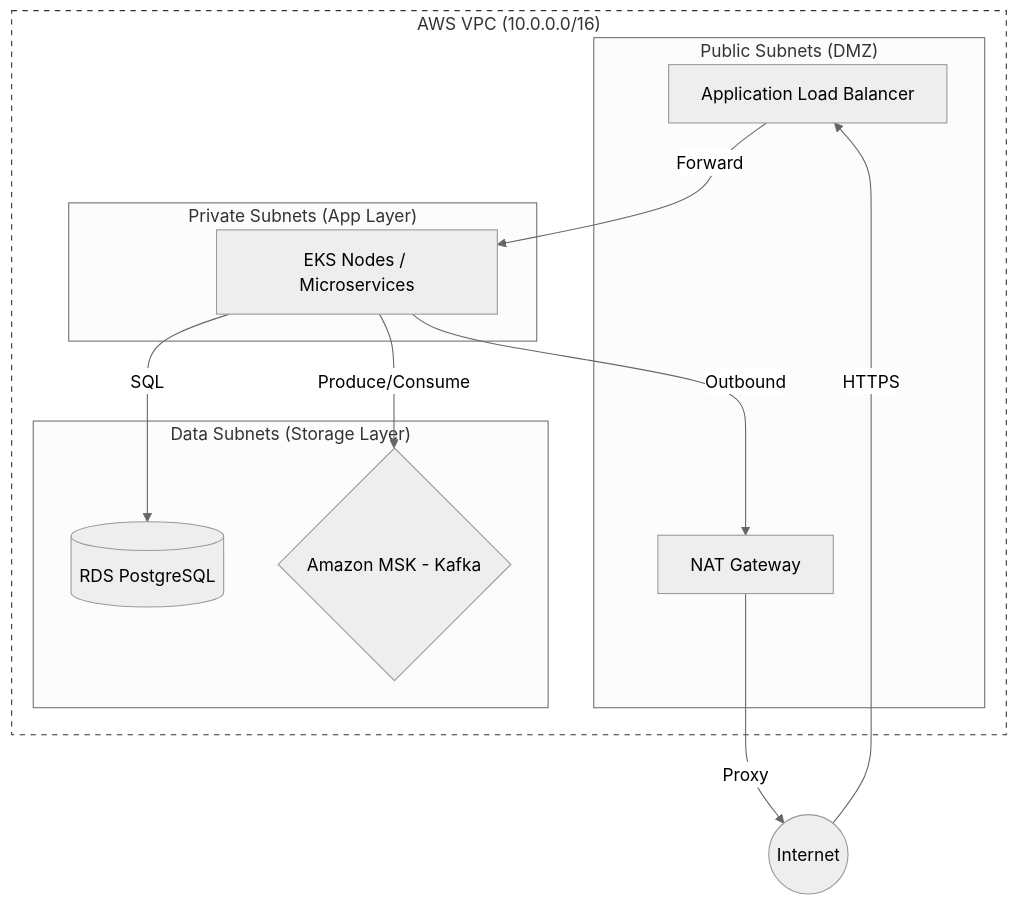
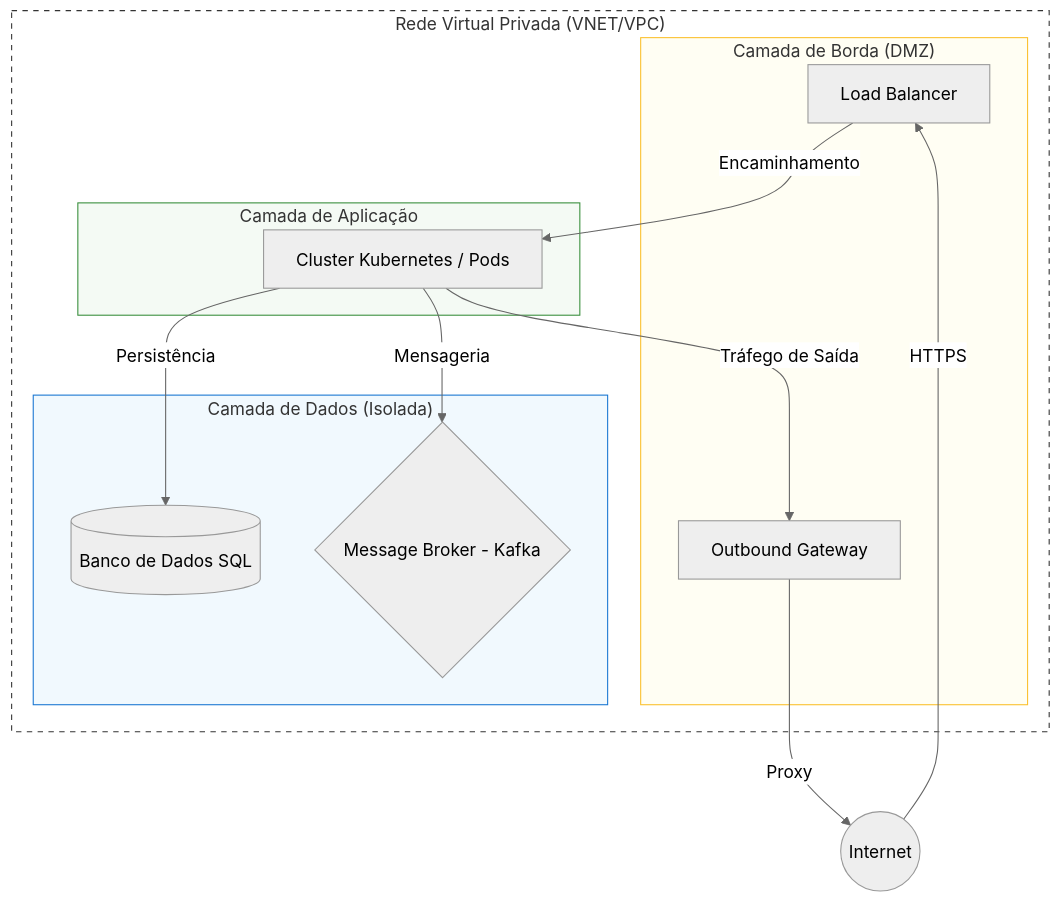
One commit to AugustoSavi/blog changed the first of 2 diagrams in _posts/2026-03-13-system-design-cartao-multibeneficios.md. Above: the diagram before and after it, drawn with Mermaid (neutral theme). The commit also changed other lines of this file, not shown here.

Commit message:
feat: Update blog post on high-scale multi-benefit card system, enhancing architecture details and adding new insights on ledger service and API gateway strategies

````diff
--- a/_posts/2026-03-13-system-design-cartao-multibeneficios.md
+++ b/_posts/2026-03-13-system-design-cartao-multibeneficios.md
@@ -91,23 +133,26 @@
 ```mermaid
 flowchart TB
-    subgraph VPC ["AWS VPC (10.0.0.0/16)"]
-        subgraph PublicSubnets ["Public Subnets (DMZ)"]
-            ALB[Application Load Balancer]
-            NAT[NAT Gateway]
+    subgraph PrivateNetwork ["Rede Virtual Privada (VNET/VPC)"]
+        subgraph PublicSubnets ["Camada de Borda (DMZ)"]
+            LB[Load Balancer]
+            GW[Outbound Gateway]
         end
-        subgraph PrivateSubnets ["Private Subnets (App Layer)"]
-            EKS[EKS Nodes / Microservices]
+        subgraph PrivateSubnets ["Camada de Aplicação"]
+            K8S[Cluster Kubernetes / Pods]
         end
-        subgraph DataSubnets ["Data Subnets (Storage Layer)"]
-            RDS[(RDS PostgreSQL)]
-            MSK{Amazon MSK - Kafka}
+        subgraph DataSubnets ["Camada de Dados (Isolada)"]
+            DB[(Banco de Dados SQL)]
+            MQ{Message Broker - Kafka}
         end
     end
-    Internet((Internet)) -->|HTTPS| ALB
-    ALB -->|Forward| EKS
-    EKS -->|SQL| RDS
-    EKS -->|Produce/Consume| MSK
-    EKS -->|Outbound| NAT
-    NAT -->|Proxy| Internet
-    style VPC fill:none,stroke:#333,stroke-dasharray: 5 5
+    Internet((Internet)) -->|HTTPS| LB
+    LB -->|Encaminhamento| K8S
+    K8S -->|Persistência| DB
+    K8S -->|Mensageria| MQ
+    K8S -->|Tráfego de Saída| GW
+    GW -->|Proxy| Internet
+    style PrivateNetwork fill:none,stroke:#333,stroke-dasharray: 5 5
+    style PublicSubnets fill:#fff9c4,fill-opacity:0.2,stroke:#fbc02d
+    style PrivateSubnets fill:#c8e6c9,fill-opacity:0.2,stroke:#388e3c
+    style DataSubnets fill:#bbdefb,fill-opacity:0.2,stroke:#1976d2
 ```
````
